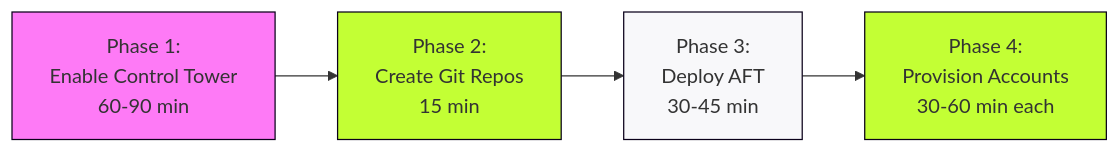
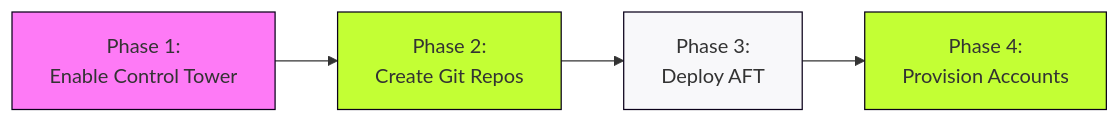
The first of 2 diagrams in slides/01-aft-overview.md (ken-createfuture-demo/aft-demo-presentation), drawn with Mermaid before and after one commit. The commit also changed other lines of this file and 1 other file, not shown here.

Commit message:
Add AFT presentation with slides and documentation

````diff
--- a/slides/01-aft-overview.md
+++ b/slides/01-aft-overview.md
@@ -34,11 +33,11 @@
 ```mermaid
 graph LR
-    A[Phase 1:<br/>Enable Control Tower<br/>60-90 min] --> B[Phase 2:<br/>Create Git Repos<br/>15 min]
-    B --> C[Phase 3:<br/>Deploy AFT<br/>30-45 min]
-    C --> D[Phase 4:<br/>Provision Accounts<br/>30-60 min each]
+    A[Phase 1:<br/>Enable Control Tower] --> B[Phase 2:<br/>Create Git Repos]
+    B --> C[Phase 3:<br/>Deploy AFT]
+    C --> D[Phase 4:<br/>Provision Accounts]
     
     style A fill:#FE7AF6,stroke:#0A001A
     style B fill:#C3FF34,stroke:#0A001A
     style C fill:#F8F8FA,stroke:#0A001A
     style D fill:#C3FF34,stroke:#0A001A
 ```
````
